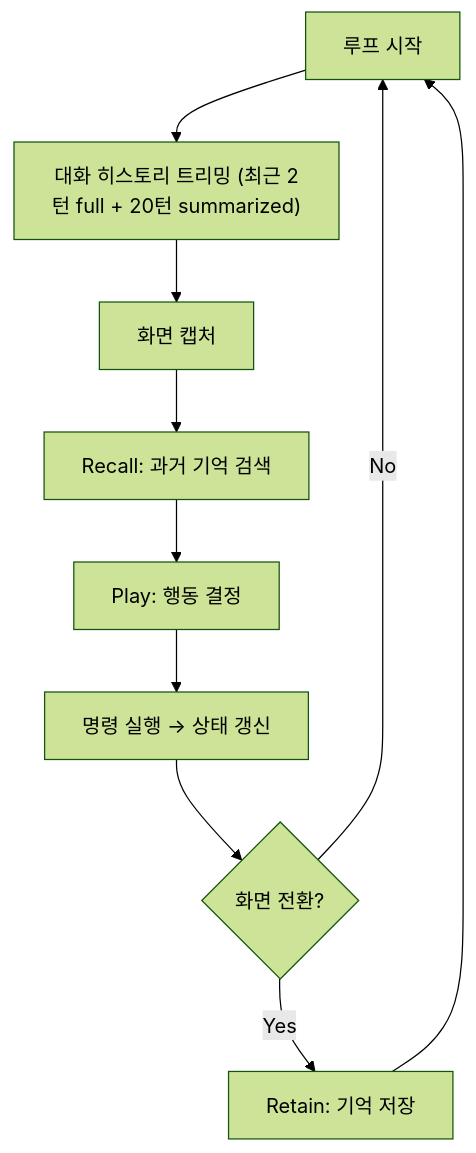
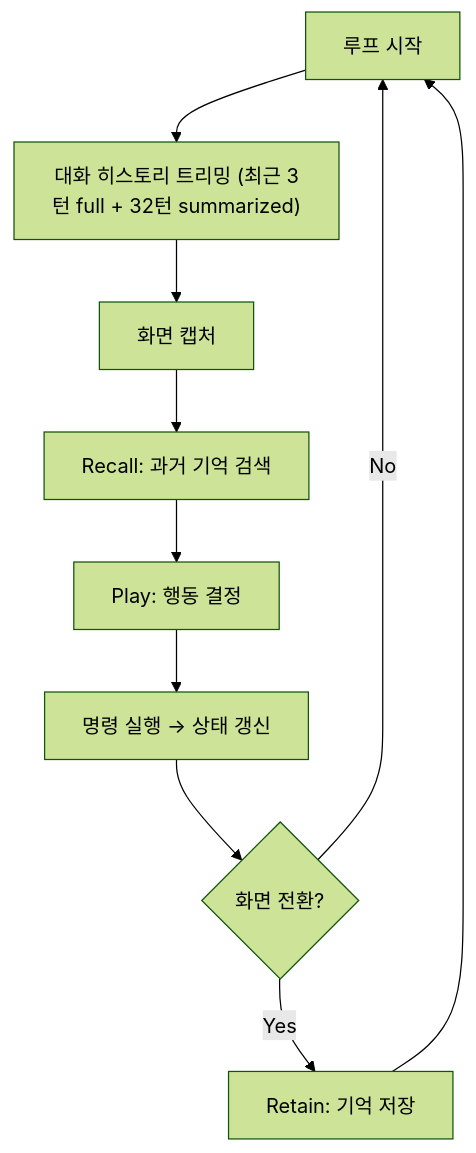
The diagram in README.md (harryplusplus/ai-plays-slay-the-spire), drawn with Mermaid (forest theme) before and after one commit. The commit also changed other lines of this file and 2 other files, not shown here.

First line of the commit message:
메시지 트리밍 범위 확장: summarize_turns 20→32, full_keep_turns 2→3

````diff
--- a/README.md
+++ b/README.md
@@ -50,12 +50,12 @@
 ```mermaid
 flowchart TD
-    A["루프 시작"] --> B["대화 히스토리 트리밍 (최근 2턴 full + 20턴 summarized)"]
+    A["루프 시작"] --> B["대화 히스토리 트리밍 (최근 3턴 full + 32턴 summarized)"]
     B --> C["화면 캡처"]
     C --> D["Recall: 과거 기억 검색"]
     D --> E["Play: 행동 결정"]
     E --> F["명령 실행 → 상태 갱신"]
     F --> G{"화면 전환?"}
     G -->|"Yes"| H["Retain: 기억 저장"]
     G -->|"No"| A
     H --> A
 ```
````
